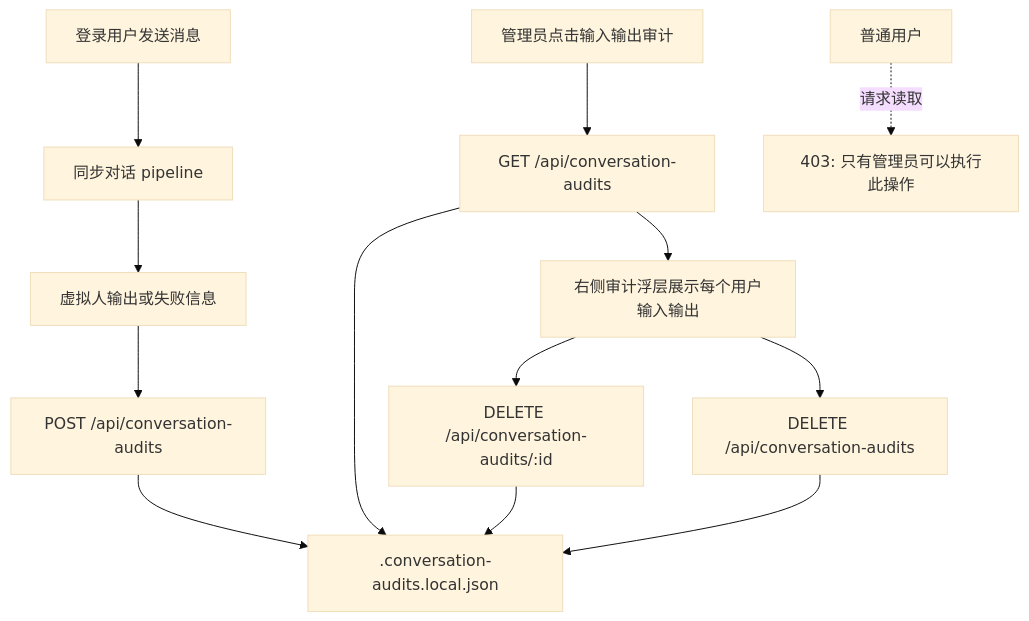
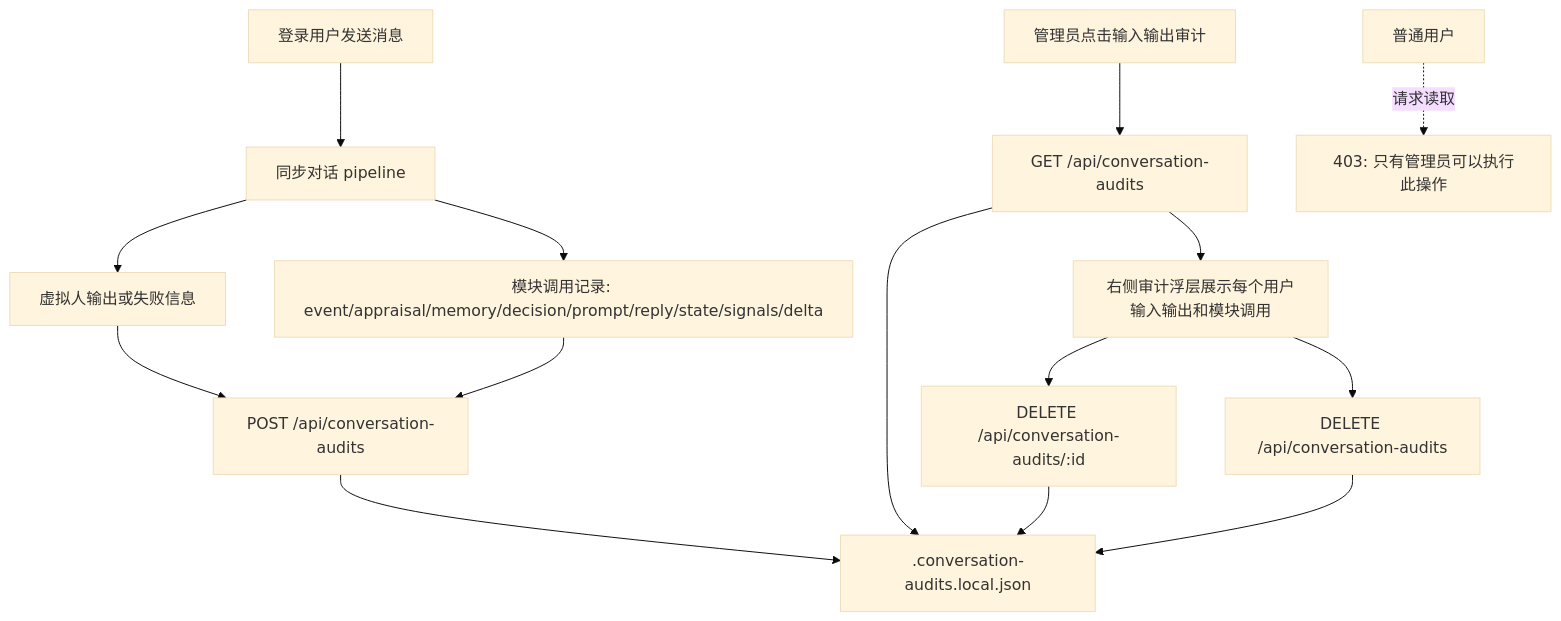
One commit to ttmanthatman/virtual-human-flow changed the tenth of 31 diagrams in docs/SYSTEM_FLOW.md. Above: the diagram before and after it, drawn with Mermaid (base theme). The commit also changed other lines of this file and 10 other files, not shown here.

````diff
--- a/docs/SYSTEM_FLOW.md
+++ b/docs/SYSTEM_FLOW.md
@@ -256,15 +259,17 @@
 ```mermaid
 flowchart TD
     U[登录用户发送消息] --> PIPE[同步对话 pipeline]
     PIPE --> OUT[虚拟人输出或失败信息]
     OUT --> AUDIT[POST /api/conversation-audits]
+    PIPE --> MODULES[模块调用记录: event/appraisal/memory/decision/prompt/reply/state/signals/delta]
+    MODULES --> AUDIT
     AUDIT --> STORE[.conversation-audits.local.json]
     ADMIN[管理员点击输入输出审计] --> READ[GET /api/conversation-audits]
     READ --> STORE
-    READ --> UI[右侧审计浮层展示每个用户输入输出]
+    READ --> UI[右侧审计浮层展示每个用户输入输出和模块调用]
     UI --> DELONE[DELETE /api/conversation-audits/:id]
     UI --> CLEAR[DELETE /api/conversation-audits]
     DELONE --> STORE
     CLEAR --> STORE
     USER[普通用户] -. 请求读取 .-> DENY[403: 只有管理员可以执行此操作]
 ```
````
